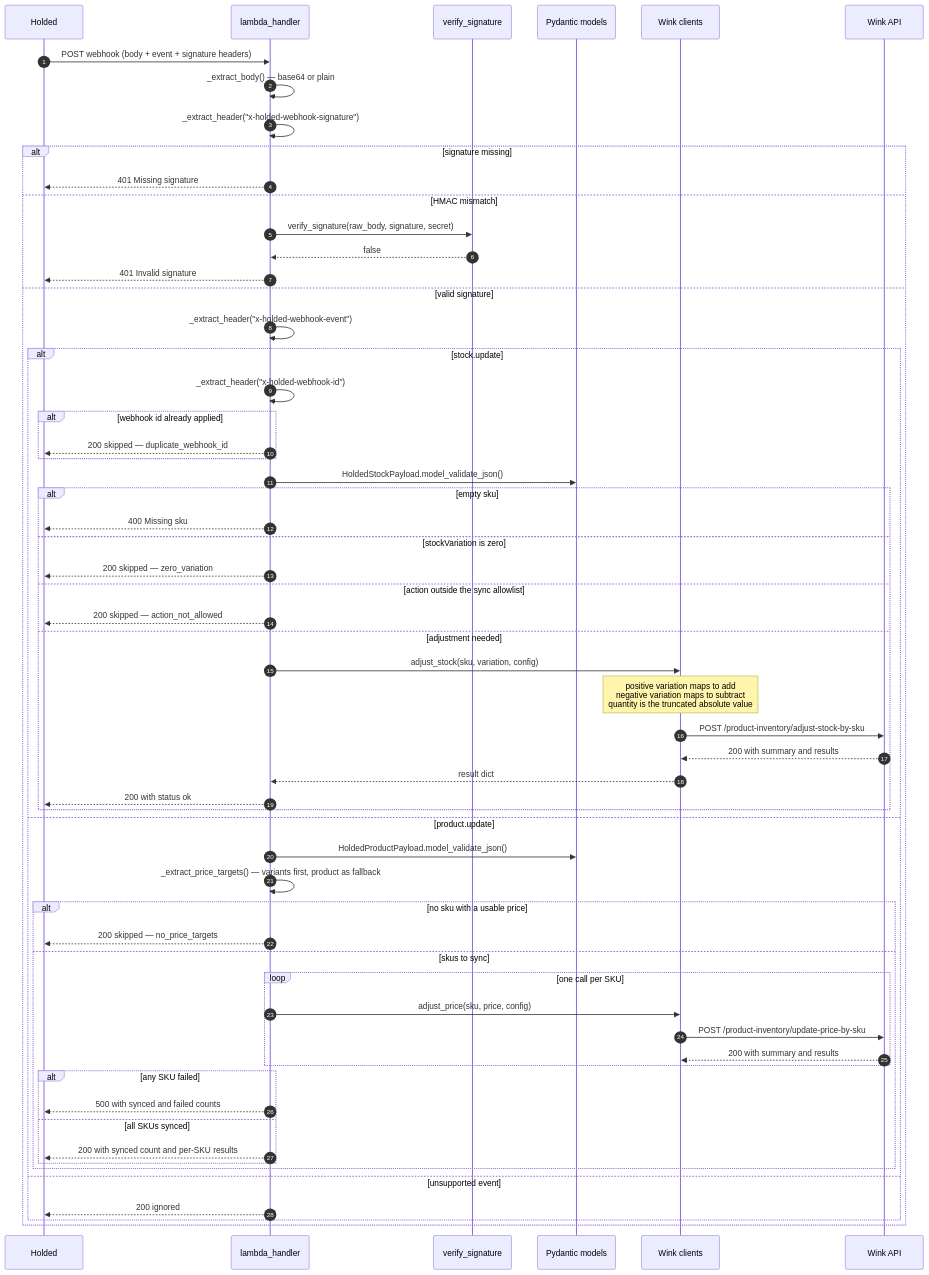
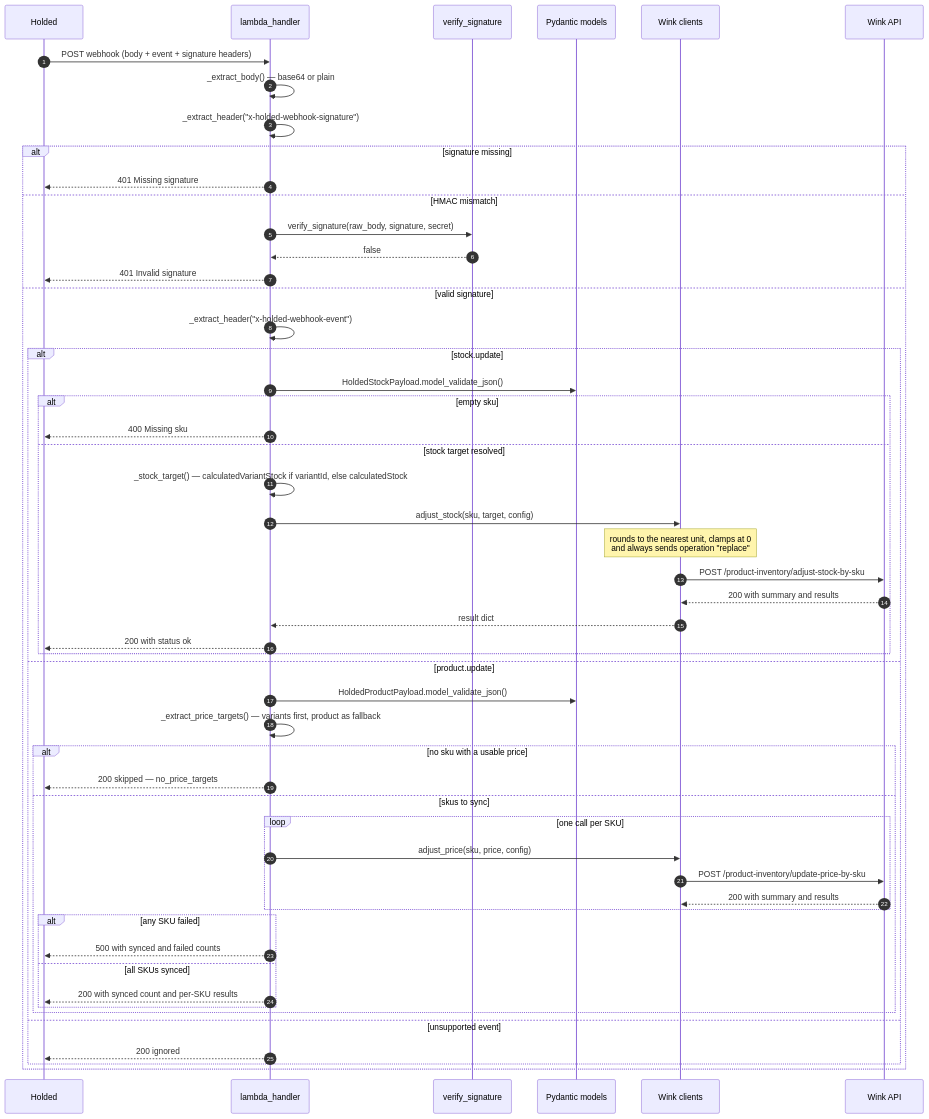
The second of 4 diagrams in README.md (danrivsa/santo-suplemento-invetory-sync-webhook), drawn with Mermaid before and after one commit. The commit also changed other lines of this file and 8 other files, not shown here.

Commit message:
feat(stock): replace stock.sync to absolute values using Wink 'replace'; remove allowlist + dedupe + zero_variation skip; use calculatedVariantStock when variantId present; add rejection logging

````diff
--- a/README.md
+++ b/README.md
@@ -50,65 +50,58 @@
 ```mermaid
 sequenceDiagram
     autonumber
     participant H as Holded
     participant L as lambda_handler
     participant S as verify_signature
     participant M as Pydantic models
     participant W as Wink clients
     participant A as Wink API
 
     H->>L: POST webhook (body + event + signature headers)
     L->>L: _extract_body() — base64 or plain
     L->>L: _extract_header("x-holded-webhook-signature")
 
     alt signature missing
         L-->>H: 401 Missing signature
     else HMAC mismatch
         L->>S: verify_signature(raw_body, signature, secret)
         S-->>L: false
         L-->>H: 401 Invalid signature
     else valid signature
         L->>L: _extract_header("x-holded-webhook-event")
 
         alt stock.update
-            L->>L: _extract_header("x-holded-webhook-id")
-            alt webhook id already applied
-                L-->>H: 200 skipped — duplicate_webhook_id
-            end
             L->>M: HoldedStockPayload.model_validate_json()
             alt empty sku
                 L-->>H: 400 Missing sku
-            else stockVariation is zero
-                L-->>H: 200 skipped — zero_variation
-            else action outside the sync allowlist
-                L-->>H: 200 skipped — action_not_allowed
-            else adjustment needed
-                L->>W: adjust_stock(sku, variation, config)
-                Note over W: positive variation maps to add<br/>negative variation maps to subtract<br/>quantity is the truncated absolute value
+            else stock target resolved
+                L->>L: _stock_target() — calculatedVariantStock if variantId, else calculatedStock
+                L->>W: adjust_stock(sku, target, config)
+                Note over W: rounds to the nearest unit, clamps at 0<br/>and always sends operation "replace"
                 W->>A: POST /product-inventory/adjust-stock-by-sku
                 A-->>W: 200 with summary and results
                 W-->>L: result dict
                 L-->>H: 200 with status ok
             end
         else product.update
             L->>M: HoldedProductPayload.model_validate_json()
             L->>L: _extract_price_targets() — variants first, product as fallback
             alt no sku with a usable price
                 L-->>H: 200 skipped — no_price_targets
             else skus to sync
                 loop one call per SKU
                     L->>W: adjust_price(sku, price, config)
                     W->>A: POST /product-inventory/update-price-by-sku
                     A-->>W: 200 with summary and results
                 end
                 alt any SKU failed
                     L-->>H: 500 with synced and failed counts
                 else all SKUs synced
                     L-->>H: 200 with synced count and per-SKU results
                 end
             end
         else unsupported event
             L-->>H: 200 ignored
         end
     end
 ```
````
